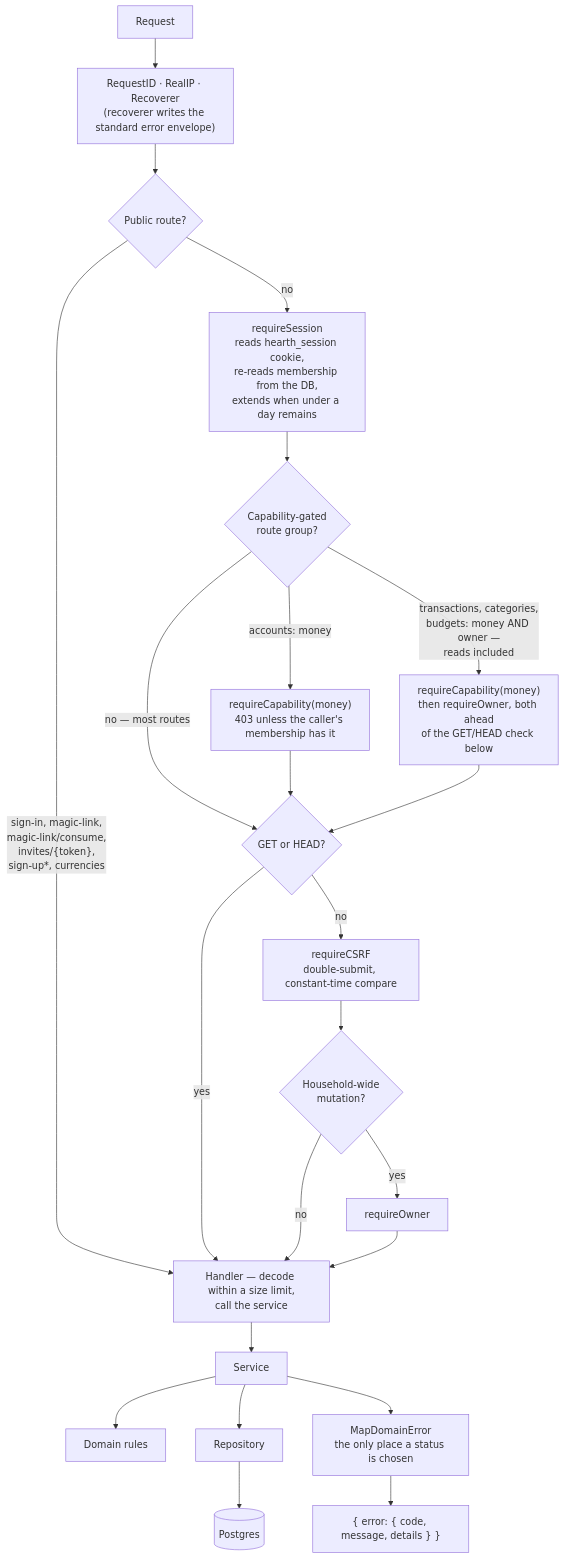
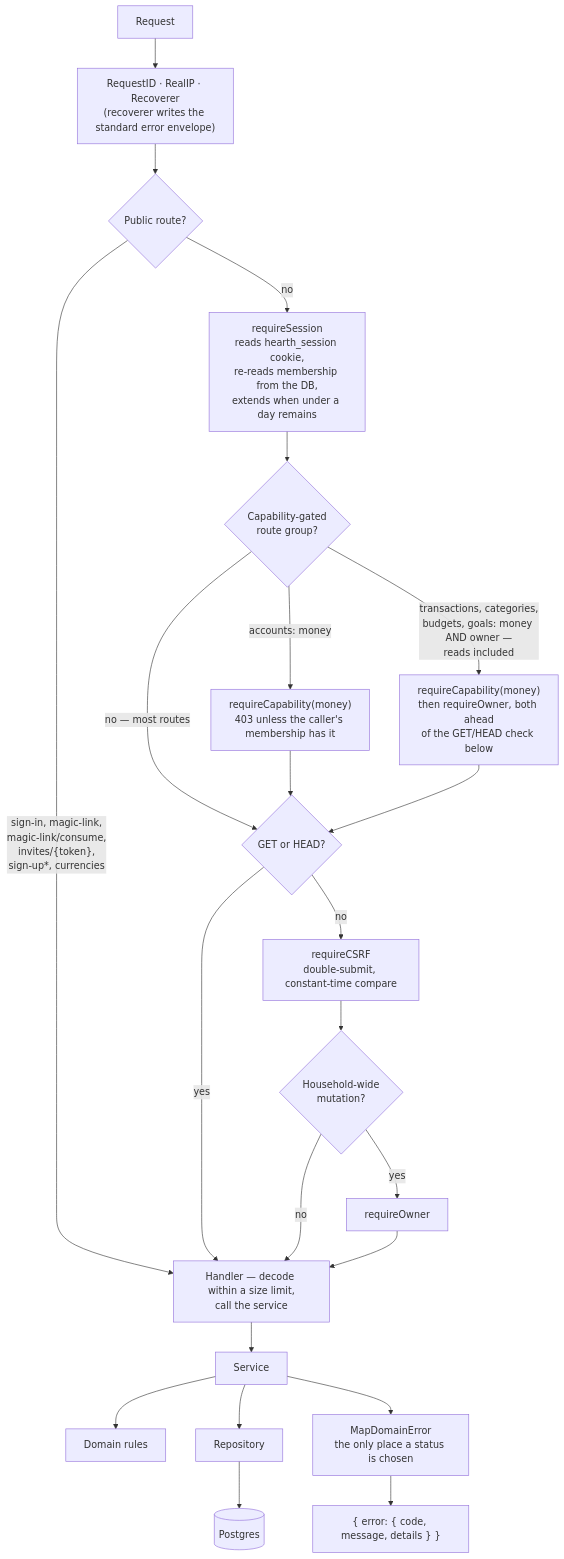
Before and after one commit to oandrz/Household: the third of 13 diagrams in docs/SYSTEM_DESIGN.md, drawn with Mermaid. The commit also changed other lines of this file and 4 other files, not shown here.

````diff
--- a/docs/SYSTEM_DESIGN.md
+++ b/docs/SYSTEM_DESIGN.md
@@ -193,29 +198,29 @@
 ```mermaid
 graph TD
     Req["Request"] --> RID["RequestID · RealIP · Recoverer<br/>(recoverer writes the standard error envelope)"]
     RID --> Public{"Public route?"}
 
     Public -->|"sign-in, magic-link,<br/>magic-link/consume,<br/>invites/{token},<br/>sign-up*, currencies"| Handler
     Public -->|no| Session["requireSession<br/>reads hearth_session cookie,<br/>re-reads membership from the DB,<br/>extends when under a day remains"]
 
     Session --> Cap{"Capability-gated<br/>route group?"}
     Cap -->|"accounts: money"| RequireCap["requireCapability(money)<br/>403 unless the caller's membership has it"]
-    Cap -->|"transactions, categories,<br/>budgets: money AND owner —<br/>reads included"| RequireCapTxn["requireCapability(money)<br/>then requireOwner, both ahead<br/>of the GET/HEAD check below"]
+    Cap -->|"transactions, categories,<br/>budgets, goals: money AND owner —<br/>reads included"| RequireCapTxn["requireCapability(money)<br/>then requireOwner, both ahead<br/>of the GET/HEAD check below"]
     Cap -->|"no — most routes"| Safe{"GET or HEAD?"}
     RequireCap --> Safe
     RequireCapTxn --> Safe
     Safe -->|yes| Handler
     Safe -->|no| CSRF["requireCSRF<br/>double-submit, constant-time compare"]
 
     CSRF --> Owner{"Household-wide<br/>mutation?"}
     Owner -->|yes| RequireOwner["requireOwner"]
     Owner -->|no| Handler
     RequireOwner --> Handler
 
     Handler["Handler — decode within a size limit,<br/>call the service"] --> Service["Service"]
     Service --> Domain["Domain rules"]
     Service --> Repo["Repository"]
     Repo --> DB[("Postgres")]
     Service --> MapErr["MapDomainError<br/>the only place a status is chosen"]
     MapErr --> Resp["{ error: { code, message, details } }"]
 ```
````
